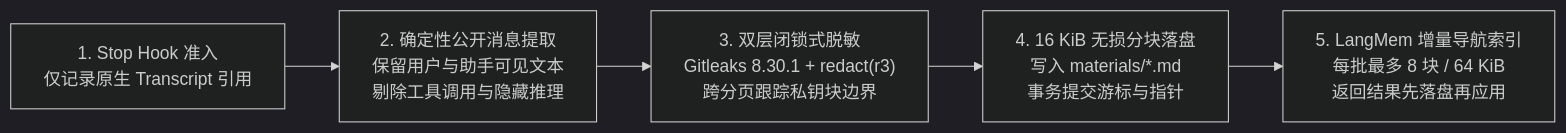
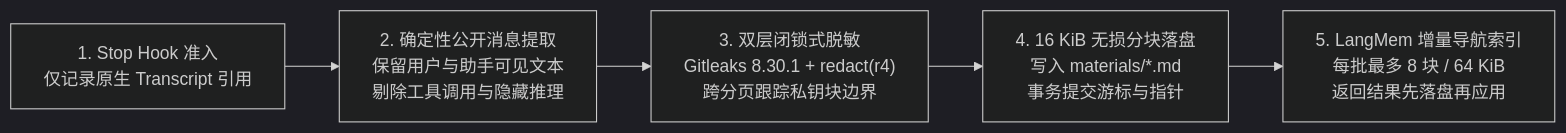
One commit to mindie-agent/knowledge changed the diagram in docs/public-transcript-capture.zh.md. Above: the diagram before and after it, drawn with Mermaid (dark theme). The commit also changed other lines of this file and 55 other files, not shown here.

````diff
--- a/docs/public-transcript-capture.zh.md
+++ b/docs/public-transcript-capture.zh.md
@@ -11,7 +11,7 @@
 ```mermaid
 flowchart LR
   Hook["1. Stop Hook 准入<br/>仅记录原生 Transcript 引用"] --> Parse["2. 确定性公开消息提取<br/>保留用户与助手可见文本<br/>剔除工具调用与隐藏推理"]
-  Parse --> Redact["3. 双层闭锁式脱敏<br/>Gitleaks 8.30.1 + redact(r3)<br/>跨分页跟踪私钥块边界"]
+  Parse --> Redact["3. 双层闭锁式脱敏<br/>Gitleaks 8.30.1 + redact(r4)<br/>跨分页跟踪私钥块边界"]
   Redact --> Split["4. 16 KiB 无损分块落盘<br/>写入 materials/*.md<br/>事务提交游标与指针"]
   Split --> Index["5. LangMem 增量导航索引<br/>每批最多 8 块 / 64 KiB<br/>返回结果先落盘再应用"]
 ```
````
